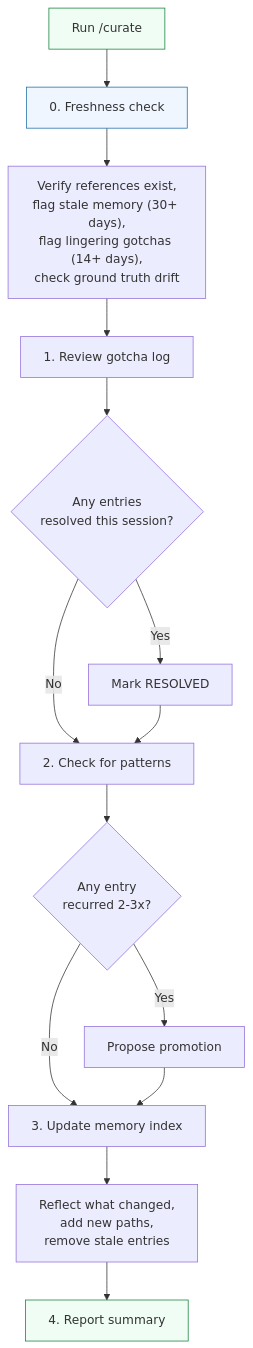
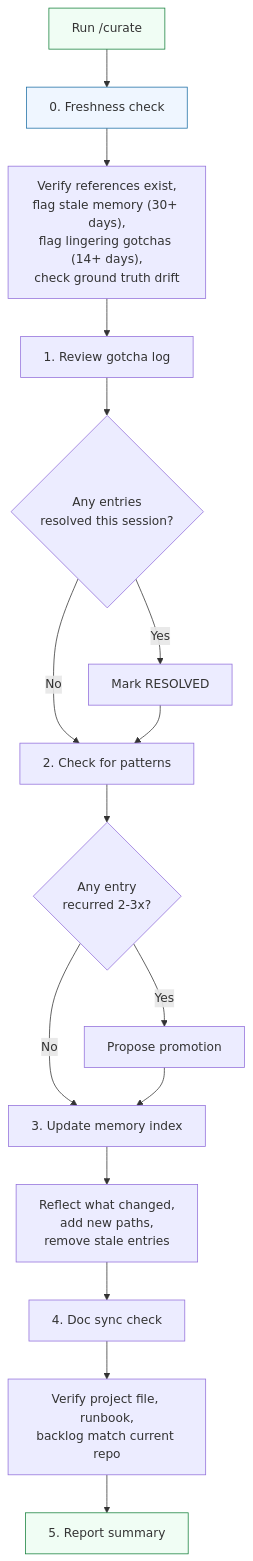
One commit to ducroq/agent-ready-projects changed the third of 4 diagrams in docs/guide/04-the-rhythm.md. Above: the diagram before and after it, drawn with Mermaid. The commit also changed other lines of this file and 5 other files, not shown here.

First line of the commit message:
v1.6.0: doc sync step in /curate — catch documentation drift from code changes

````diff
--- a/docs/guide/04-the-rhythm.md
+++ b/docs/guide/04-the-rhythm.md
@@ -48,28 +48,32 @@
 ```mermaid
 flowchart TD
     Start["Run /curate"] --> Step0
 
     Step0["0. Freshness check"]
     Step0 --> Fresh["Verify references exist,<br/>flag stale memory (30+ days),<br/>flag lingering gotchas (14+ days),<br/>check ground truth drift"]
     Fresh --> Step1
 
     Step1["1. Review gotcha log"]
     Step1 --> Q1{"Any entries<br/>resolved this session?"}
     Q1 -- Yes --> Mark["Mark RESOLVED"]
     Q1 -- No --> Step2
     Mark --> Step2
 
     Step2["2. Check for patterns"]
     Step2 --> Q2{"Any entry<br/>recurred 2-3x?"}
     Q2 -- Yes --> Propose["Propose promotion"]
     Q2 -- No --> Step3
     Propose --> Step3
 
     Step3["3. Update memory index"]
     Step3 --> Update["Reflect what changed,<br/>add new paths,<br/>remove stale entries"]
-    Update --> Report["4. Report summary"]
+    Update --> Step4
+
+    Step4["4. Doc sync check"]
+    Step4 --> Sync["Verify project file, runbook,<br/>backlog match current repo"]
+    Sync --> Report["5. Report summary"]
 
     style Start fill:#f0fdf4,stroke:#16803c
     style Step0 fill:#eff6ff,stroke:#1d6fa5
     style Report fill:#f0fdf4,stroke:#16803c
 ```
````
